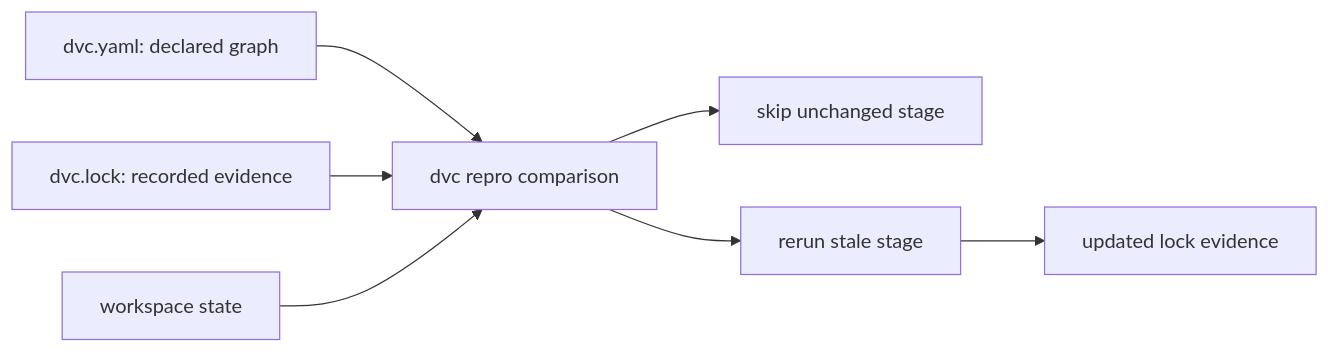
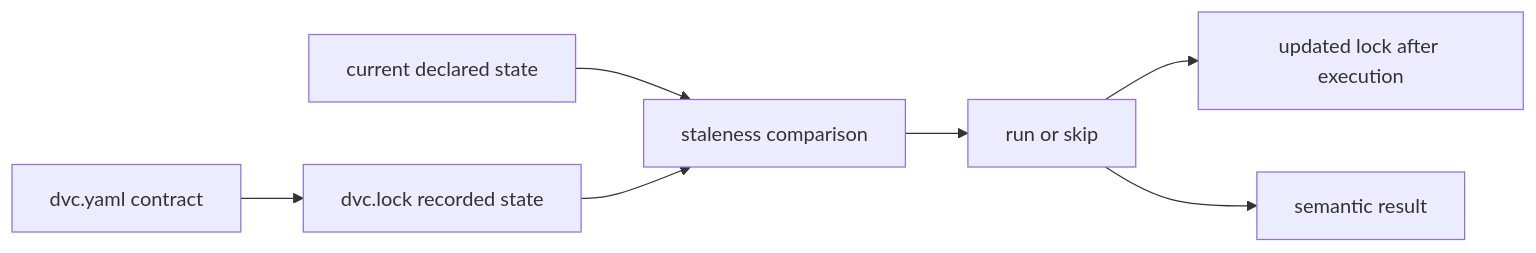
One commit to bijux/bijux-masterclass changed the second of 3 diagrams in programs/reproducible-research/deep-dive-dvc/course-book/module-04-truthful-pipelines-declared-dependencies/dvc-repro-staleness-and-lock-evidence.md. Above: the diagram before and after it, drawn with Mermaid. The commit also changed other lines of this file, not shown here.

Commit message:
docs(dvc): read staleness evidence in time order

````diff
--- a/programs/reproducible-research/deep-dive-dvc/course-book/module-04-truthful-pipelines-declared-dependencies/dvc-repro-staleness-and-lock-evidence.md
+++ b/programs/reproducible-research/deep-dive-dvc/course-book/module-04-truthful-pipelines-declared-dependencies/dvc-repro-staleness-and-lock-evidence.md
@@ -58,9 +18,9 @@
 ```mermaid
 flowchart LR
-  yaml["dvc.yaml: declared graph"] --> repro["dvc repro comparison"]
-  lock["dvc.lock: recorded evidence"] --> repro
-  workspace["workspace state"] --> repro
-  repro --> skip["skip unchanged stage"]
-  repro --> run["rerun stale stage"]
-  run --> newlock["updated lock evidence"]
+  declaration["dvc.yaml contract"] --> recorded["dvc.lock recorded state"]
+  current["current declared state"] --> status["staleness comparison"]
+  recorded --> status
+  status --> repro["run or skip"]
+  repro --> newlock["updated lock after execution"]
+  repro --> result["semantic result"]
 ```
````
